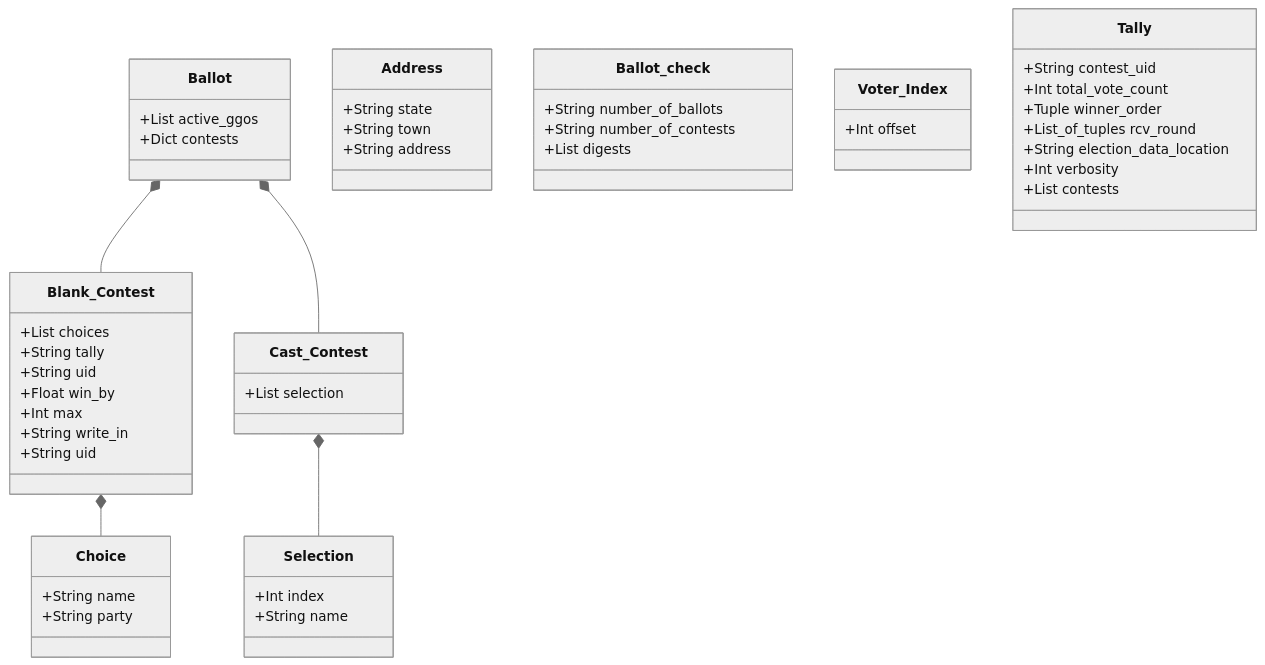
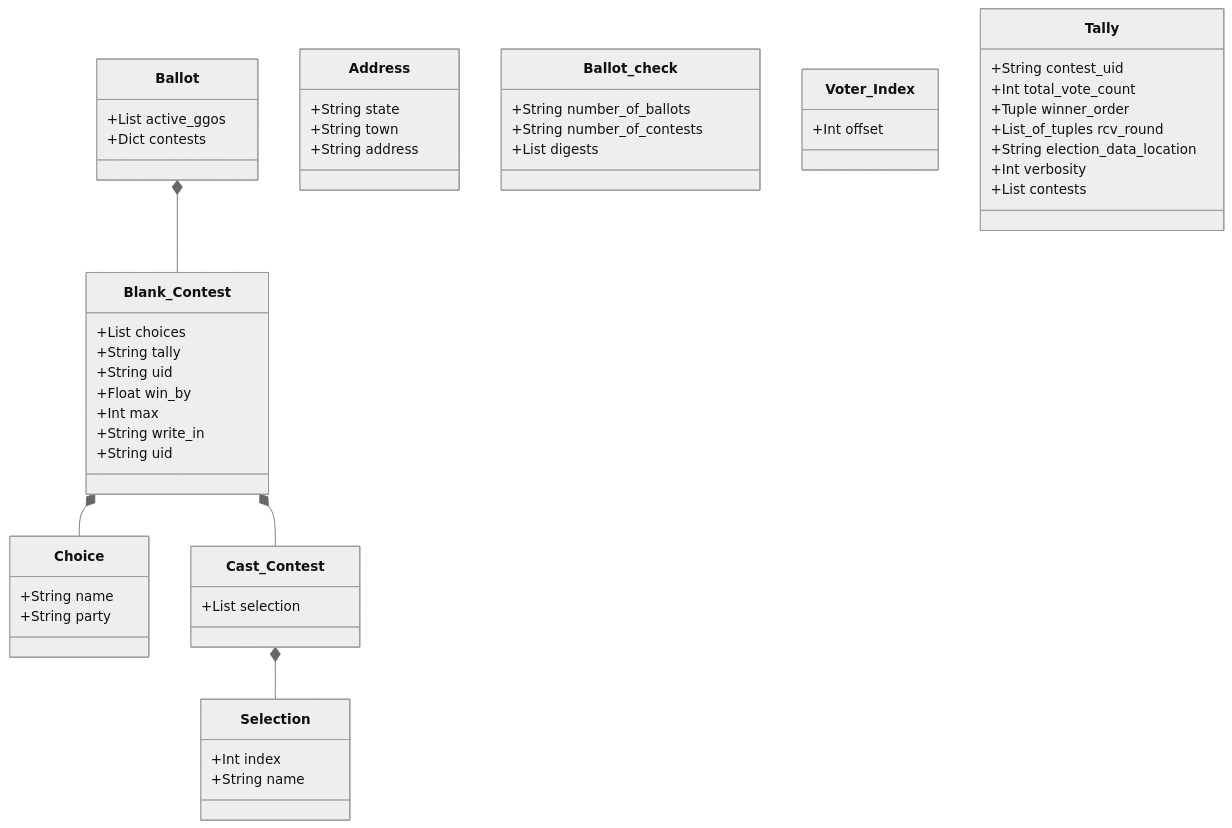
The diagram in docs/VTP-core-data-classes.md (TrustTheVote-Project/VTP-RCV-demo), drawn with Mermaid (neutral theme) before and after one commit.

Commit message:
incorrect association

````diff
--- a/docs/VTP-core-data-classes.md
+++ b/docs/VTP-core-data-classes.md
@@ -2,63 +2,63 @@
 ```mermaid
 classDiagram
   Blank_Contest *-- Choice
   Ballot *-- Blank_Contest
-  Ballot *-- Cast_Contest
+  Blank_Contest *-- Cast_Contest
   Cast_Contest *-- Selection
 
   class Address {
     +String state
     +String town
     +String address
   }
 
   class Choice {
     +String name
     +String party
   }
 
   class Selection {
     +Int index
     +String name
   }
 
   class Blank_Contest {
     +List choices
     +String tally
     +String uid
     +Float win_by
     +Int max
     +String write_in
     +String uid
   }
 
   class Cast_Contest {
     +List selection
   }
 
   class Ballot {
     +List active_ggos
     +Dict contests
   }
 
   class Ballot_check {
     +String number_of_ballots
     +String number_of_contests
     +List digests
   }
 
   class Voter_Index {
     +Int offset
   }
 
   class Tally {
     +String contest_uid
     +Int total_vote_count
     +Tuple winner_order
     +List_of_tuples rcv_round
     +String election_data_location
     +Int verbosity
     +List contests
   }
 
 ```
````
